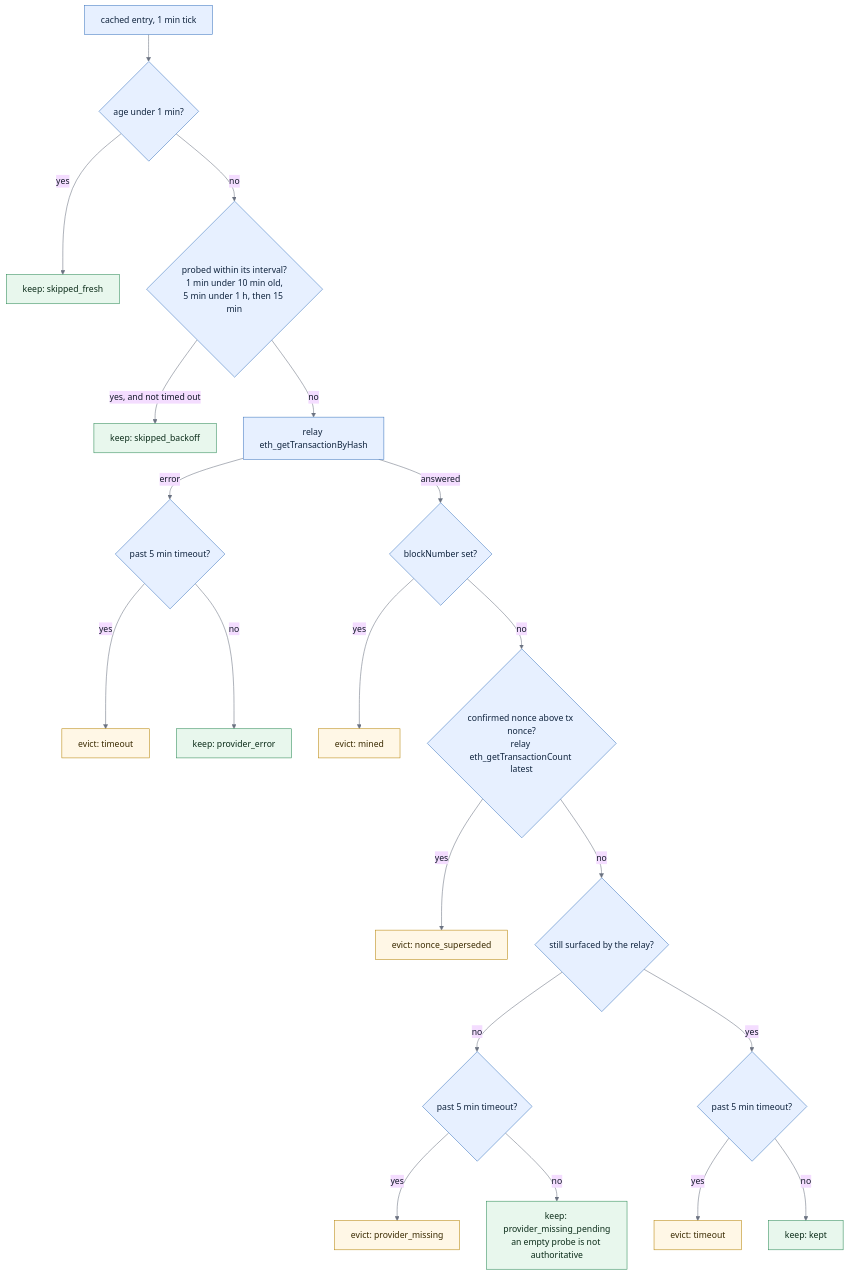
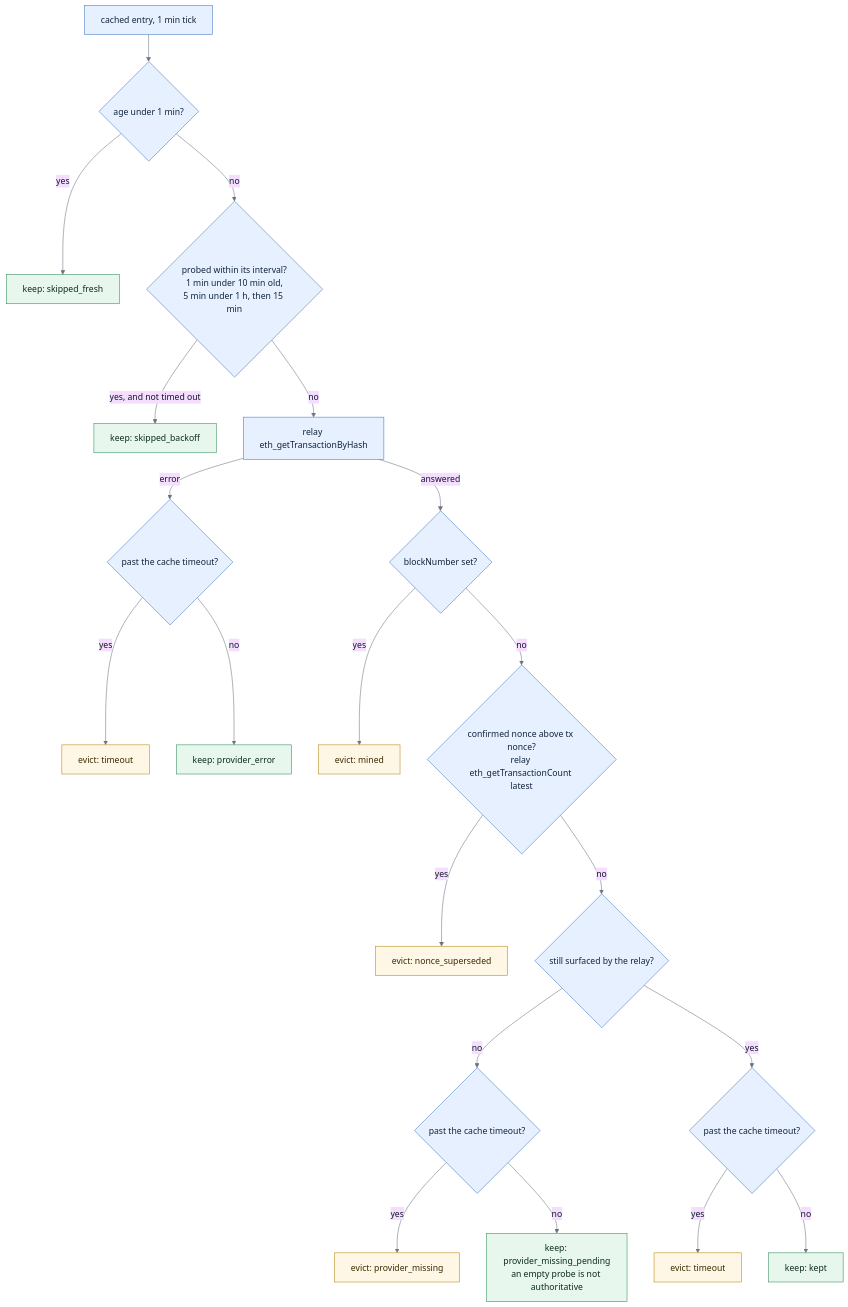
The second of 3 diagrams in docs/evm-send-mempools.md (trezor/blockbook), drawn with Mermaid before and after one commit. The commit also changed other lines of this file and 9 other files, not shown here.

````diff
--- a/docs/evm-send-mempools.md
+++ b/docs/evm-send-mempools.md
@@ -108,51 +110,51 @@
 ```mermaid
 %%{init: {"theme": "base", "themeVariables": {"lineColor": "#6b7280", "primaryTextColor": "#111827"}}}%%
 flowchart TD
     e["cached entry, 1 min tick"]
     f{"age under 1 min?"}
     keepFresh["keep: skipped_fresh"]
     b{"probed within its interval?<br/>1 min under 10 min old,<br/>5 min under 1 h, then 15 min"}
     keepBackoff["keep: skipped_backoff"]
     q["relay eth_getTransactionByHash"]
-    qerr{"past 5 min timeout?"}
+    qerr{"past the cache timeout?"}
     evTo["evict: timeout"]
     keepErr["keep: provider_error"]
     m{"blockNumber set?"}
     evMined["evict: mined"]
     s{"confirmed nonce above tx nonce?<br/>relay eth_getTransactionCount latest"}
     evSup["evict: nonce_superseded"]
     k{"still surfaced by the relay?"}
-    kto{"past 5 min timeout?"}
+    kto{"past the cache timeout?"}
     evMiss["evict: provider_missing"]
     keepMiss["keep: provider_missing_pending<br/>an empty probe is not authoritative"]
-    yto{"past 5 min timeout?"}
+    yto{"past the cache timeout?"}
     evTo2["evict: timeout"]
     keepK["keep: kept"]
 
     e --> f
     f -- "yes" --> keepFresh
     f -- "no" --> b
     b -- "yes, and not timed out" --> keepBackoff
     b -- "no" --> q
     q -- "error" --> qerr
     qerr -- "yes" --> evTo
     qerr -- "no" --> keepErr
     q -- "answered" --> m
     m -- "yes" --> evMined
     m -- "no" --> s
     s -- "yes" --> evSup
     s -- "no" --> k
     k -- "no" --> kto
     kto -- "yes" --> evMiss
     kto -- "no" --> keepMiss
     k -- "yes" --> yto
     yto -- "yes" --> evTo2
     yto -- "no" --> keepK
 
     classDef step fill:#e7f0ff,stroke:#4078c0,color:#10243e;
     classDef keep fill:#e8f7ed,stroke:#2e8b57,color:#0b2c19;
     classDef evict fill:#fff7e6,stroke:#b8860b,color:#3a2a00;
     class e,f,b,q,qerr,m,s,k,kto,yto step;
     class keepFresh,keepBackoff,keepErr,keepMiss,keepK keep;
     class evTo,evTo2,evMined,evSup,evMiss evict;
 ```
````
